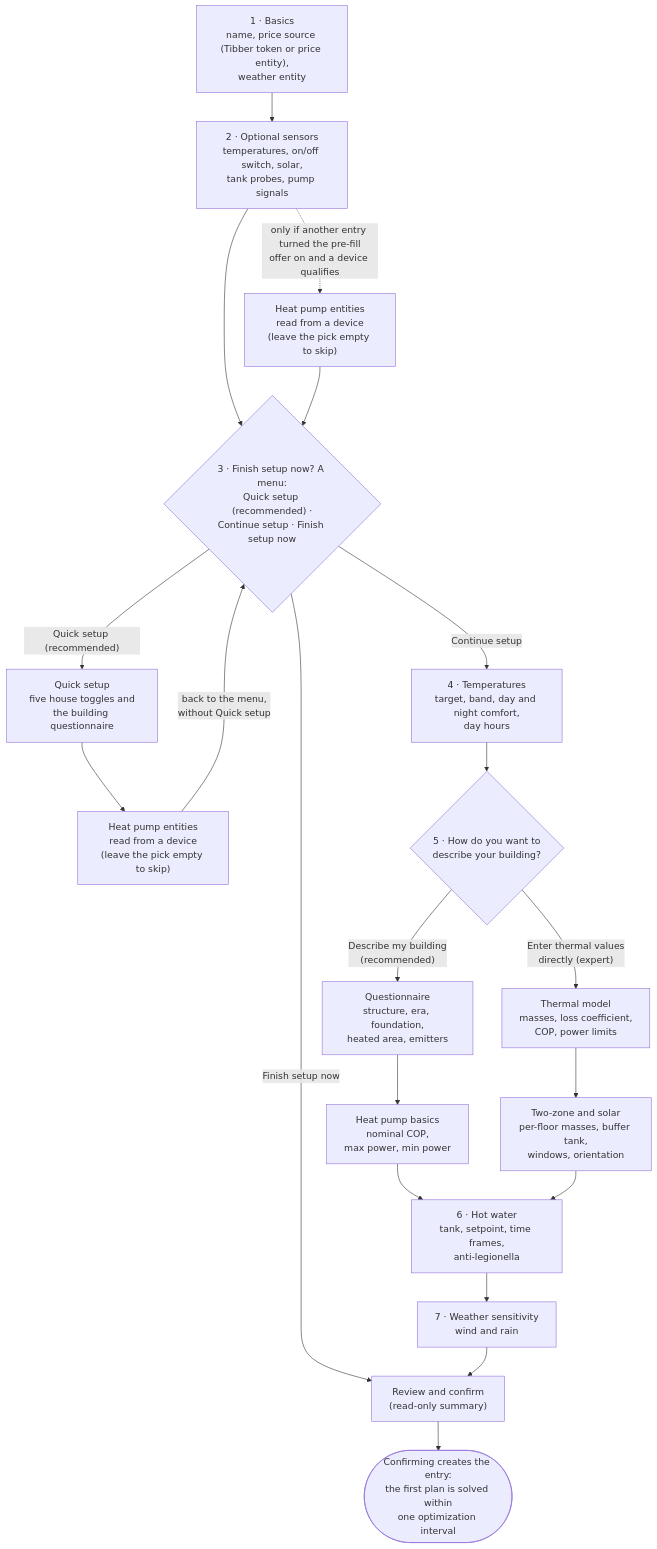
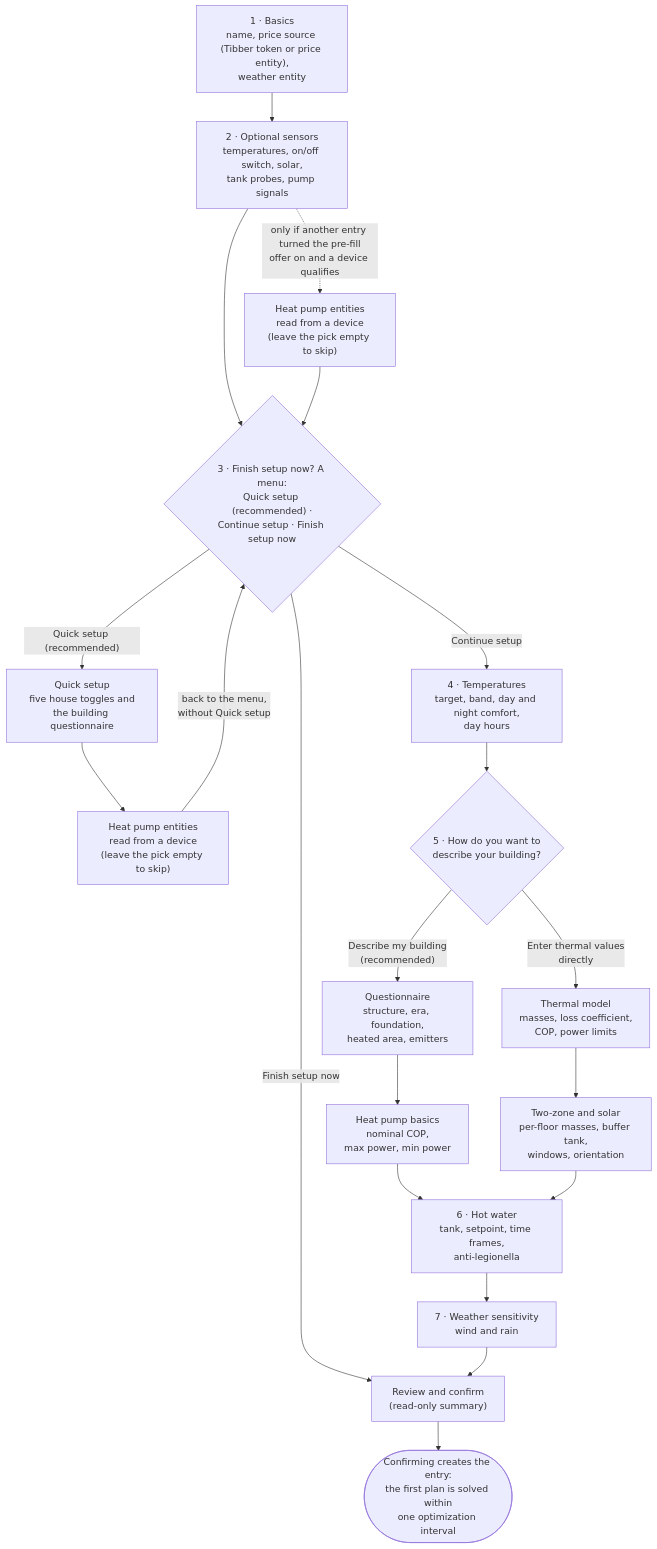
The second of 3 diagrams in README.md (tvofi/heatpump_optimizer), drawn with Mermaid before and after one commit. The commit also changed 8 other files, not shown here.

````diff
--- a/README.md
+++ b/README.md
@@ -342,22 +342,22 @@
 ```mermaid
 flowchart TD
     A["1 · Basics<br/>name, price source (Tibber token or price entity),<br/>weather entity"] --> B["2 · Optional sensors<br/>temperatures, on/off switch, solar,<br/>tank probes, pump signals"]
     B --> M{"3 · Finish setup now? A menu:<br/>Quick setup (recommended) ·<br/>Continue setup · Finish setup now"}
     B -. "only if another entry turned the pre-fill<br/>offer on and a device qualifies" .-> P0["Heat pump entities<br/>read from a device<br/>(leave the pick empty to skip)"]
     P0 --> M
     M -- "Quick setup (recommended)" --> Q["Quick setup<br/>five house toggles and<br/>the building questionnaire"]
     Q --> P["Heat pump entities<br/>read from a device<br/>(leave the pick empty to skip)"]
     P -- "back to the menu,<br/>without Quick setup" --> M
     M -- "Finish setup now" --> R["Review and confirm<br/>(read-only summary)"]
     M -- "Continue setup" --> T["4 · Temperatures<br/>target, band, day and night comfort,<br/>day hours"]
     T --> C{"5 · How do you want to<br/>describe your building?"}
     C -- "Describe my building<br/>(recommended)" --> E["Questionnaire<br/>structure, era, foundation,<br/>heated area, emitters"]
     E --> F["Heat pump basics<br/>nominal COP,<br/>max power, min power"]
-    C -- "Enter thermal values<br/>directly (expert)" --> G["Thermal model<br/>masses, loss coefficient,<br/>COP, power limits"]
+    C -- "Enter thermal values<br/>directly" --> G["Thermal model<br/>masses, loss coefficient,<br/>COP, power limits"]
     G --> H["Two-zone and solar<br/>per-floor masses, buffer tank,<br/>windows, orientation"]
     F --> I["6 · Hot water<br/>tank, setpoint, time frames,<br/>anti-legionella"]
     H --> I
     I --> K["7 · Weather sensitivity<br/>wind and rain"]
     K --> R
     R --> J(["Confirming creates the entry:<br/>the first plan is solved within<br/>one optimization interval"])
 ```
````
